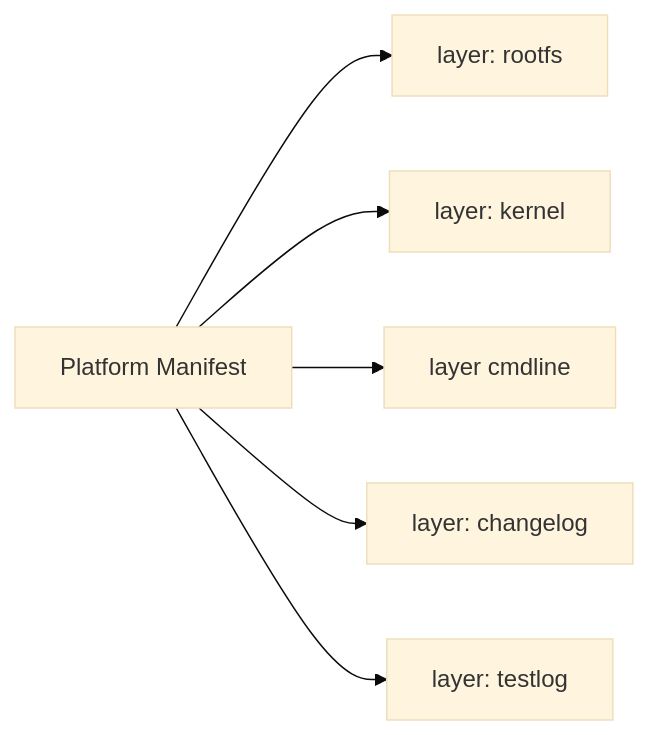
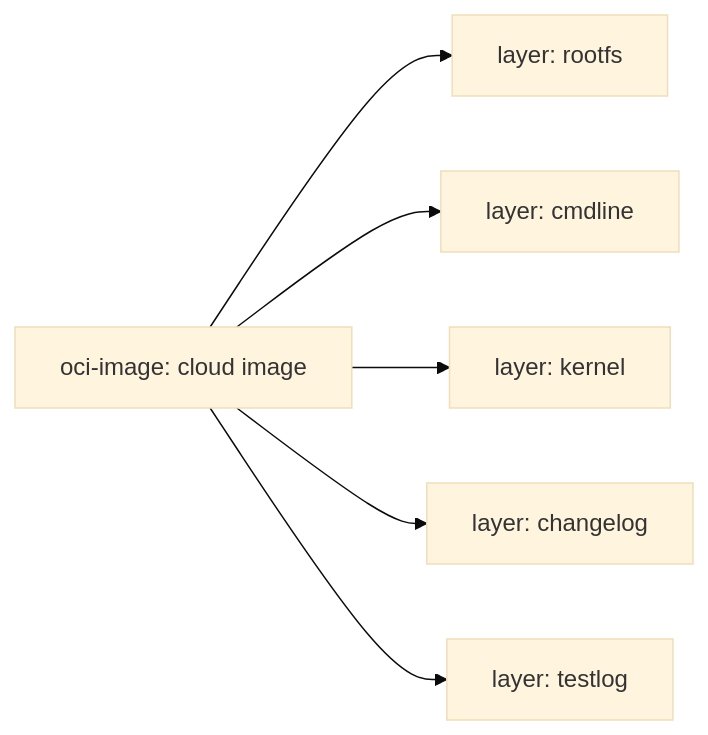
Before and after one commit to gardenlinux/gardenlinux: the third of 4 diagrams in docs/01_developers/ocm/oci-implementation-specification.md, drawn with Mermaid (base theme). The commit also changed other lines of this file, not shown here.

````diff
--- a/docs/01_developers/ocm/oci-implementation-specification.md
+++ b/docs/01_developers/ocm/oci-implementation-specification.md
@@ -29,9 +86,9 @@
 ```mermaid
 graph LR;
 
-    cloud_image_amd64[Platform Manifest]--> layer_rootfs[layer: rootfs];
-    cloud_image_amd64--> layer_kernel[layer: kernel];
-    cloud_image_amd64--> layer_cmdline[layer cmdline];
-    cloud_image_amd64--> layer_changelog[layer: changelog];
-    cloud_image_amd64--> layer_testlog[layer: testlog];
+    image[oci-image: cloud image]--> layer_rootfs[layer: rootfs];
+    image[oci-image: cloud image]--> layer_cmdline[layer: cmdline];
+    image[oci-image: cloud image]--> layer_kernel[layer: kernel];
+    image[oci-image: cloud image]--> layer_changelog[layer: changelog];
+    image[oci-image: cloud image]--> layer_testlog[layer: testlog];
 ```    
````
